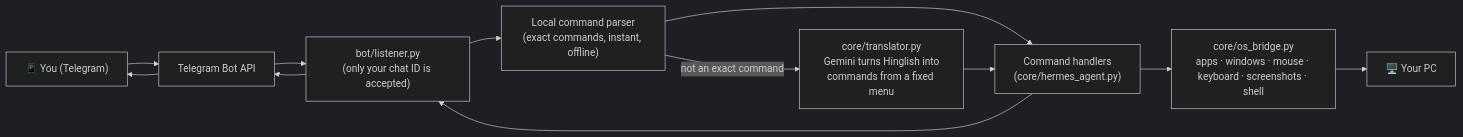
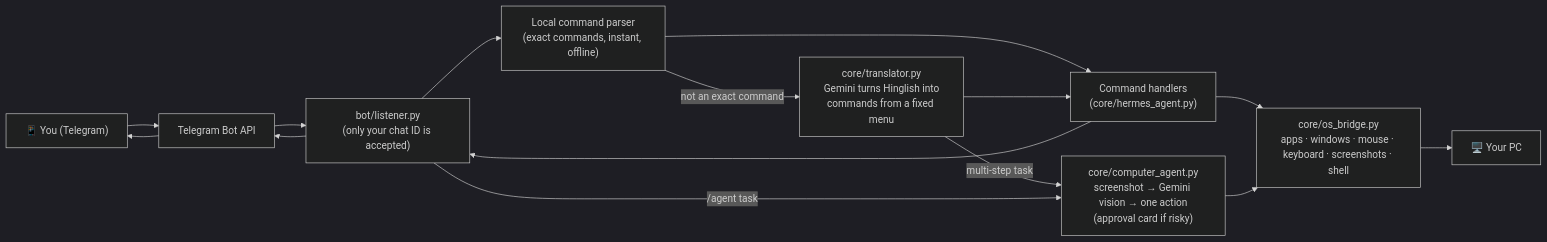
Before and after one commit to Hridayansh018/tg-system-control: the diagram in README.md, drawn with Mermaid (dark theme). The commit also changed other lines of this file and 7 other files, not shown here.

````diff
--- a/README.md
+++ b/README.md
@@ -16,12 +16,15 @@
 ```mermaid
 flowchart LR
     Phone["📱 You (Telegram)"] --> TG["Telegram Bot API"]
     TG --> L["bot/listener.py<br/>(only your chat ID is accepted)"]
     L --> P["Local command parser<br/>(exact commands, instant, offline)"]
     P -- "not an exact command" --> T["core/translator.py<br/>Gemini turns Hinglish into<br/>commands from a fixed menu"]
     P --> H["Command handlers<br/>(core/hermes_agent.py)"]
     T --> H
+    T -- "multi-step task" --> A
+    L -- "/agent task" --> A["core/computer_agent.py<br/>screenshot → Gemini vision → one action<br/>(approval card if risky)"]
     H --> OS["core/os_bridge.py<br/>apps · windows · mouse · keyboard · screenshots · shell"]
+    A --> OS
     OS --> PC["🖥️ Your PC"]
     H --> L --> TG --> Phone
 ```
````
